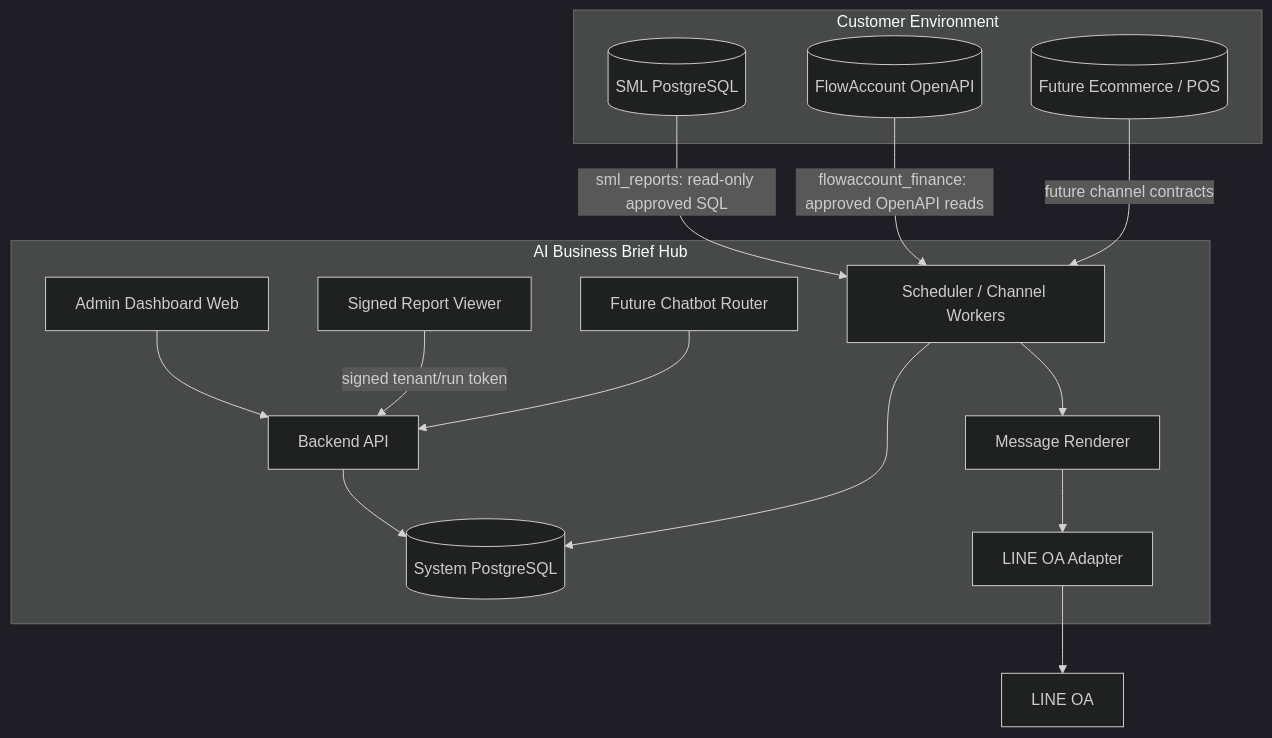
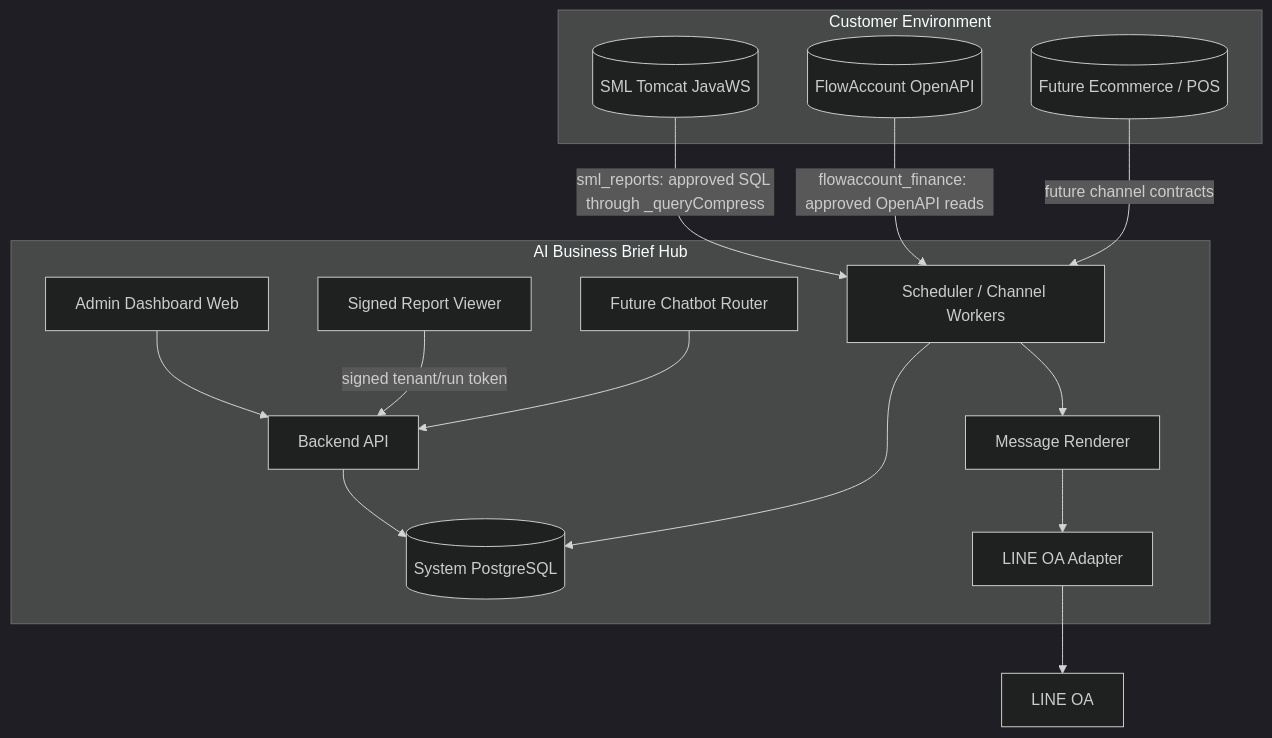
One commit to bosocmputer/ai-business-command-center changed the diagram in docs/02_SYSTEM_ARCHITECTURE_TH.md. Above: the diagram before and after it, drawn with Mermaid (dark theme). The commit also changed other lines of this file and 87 other files, not shown here.

````diff
--- a/docs/02_SYSTEM_ARCHITECTURE_TH.md
+++ b/docs/02_SYSTEM_ARCHITECTURE_TH.md
@@ -9,31 +9,31 @@
 ```mermaid
 flowchart TD
     subgraph Customer["Customer Environment"]
-        SML[(SML PostgreSQL)]
+        SML[(SML Tomcat JavaWS)]
         FlowAccount[(FlowAccount OpenAPI)]
         FutureSource[(Future Ecommerce / POS)]
     end
 
     subgraph Platform["AI Business Brief Hub"]
         Web[Admin Dashboard Web]
         Brief[Signed Report Viewer]
         API[Backend API]
         Worker[Scheduler / Channel Workers]
         SysDB[(System PostgreSQL)]
         Renderer[Message Renderer]
         LineAdapter[LINE OA Adapter]
         Chat[Future Chatbot Router]
     end
 
-    SML -->|sml_reports: read-only approved SQL| Worker
+    SML -->|sml_reports: approved SQL through _queryCompress| Worker
     FlowAccount -->|flowaccount_finance: approved OpenAPI reads| Worker
     FutureSource -->|future channel contracts| Worker
     Web --> API
     Brief -->|signed tenant/run token| API
     API --> SysDB
     Worker --> SysDB
     Worker --> Renderer
     Renderer --> LineAdapter
     LineAdapter --> LINE[LINE OA]
     Chat --> API
 ```
````
